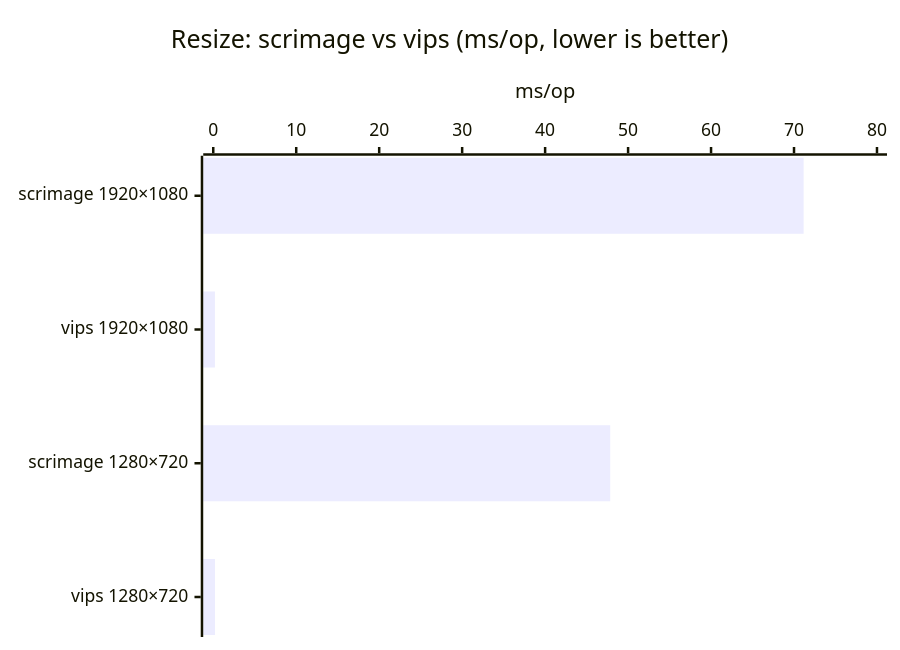
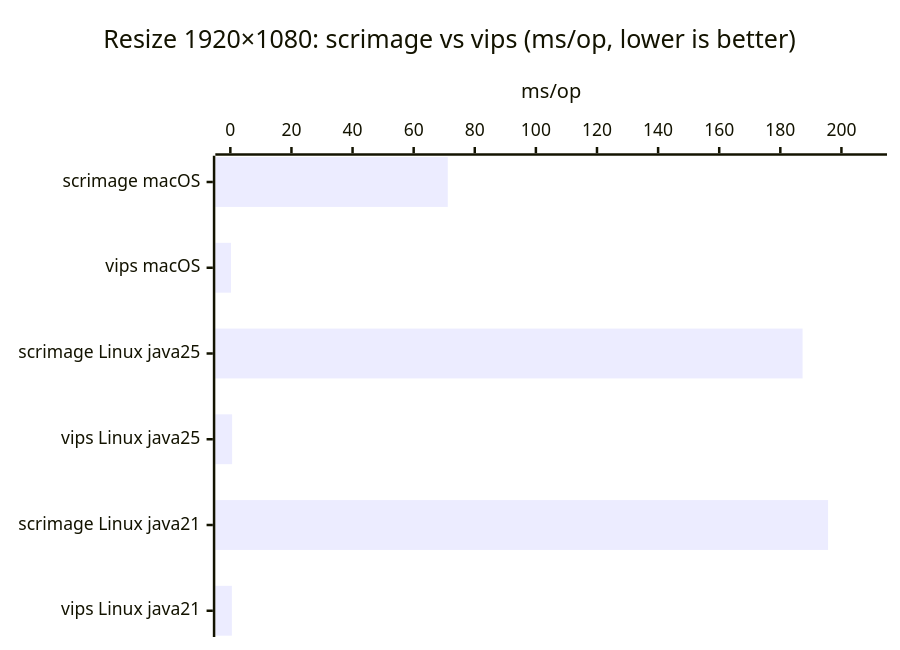
The second of 4 diagrams in images/images-benchmark/README.md (bluetape4k/bluetape4k-projects), drawn with Mermaid before and after one commit. The commit also changed other lines of this file and 4 other files, not shown here.

````diff
--- a/images/images-benchmark/README.md
+++ b/images/images-benchmark/README.md
@@ -50,7 +50,7 @@
 ```mermaid
 xychart-beta horizontal
-    title "Resize: scrimage vs vips (ms/op, lower is better)"
-    x-axis ["scrimage 1920×1080", "vips 1920×1080", "scrimage 1280×720", "vips 1280×720"]
-    y-axis "ms/op" 0 --> 80
-    bar [71.16, 0.20, 47.85, 0.21]
+    title "Resize 1920×1080: scrimage vs vips (ms/op, lower is better)"
+    x-axis ["scrimage macOS", "vips macOS", "scrimage Linux java25", "vips Linux java25", "scrimage Linux java21", "vips Linux java21"]
+    y-axis "ms/op" 0 --> 210
+    bar [71.16, 0.20, 187.29, 0.59, 195.63, 0.50]
 ```
````
